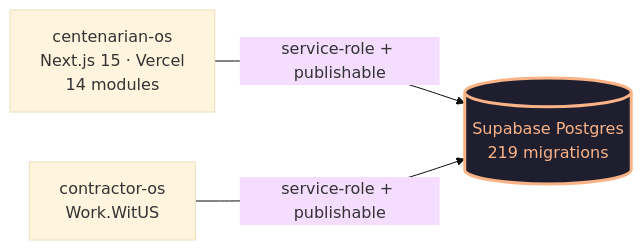
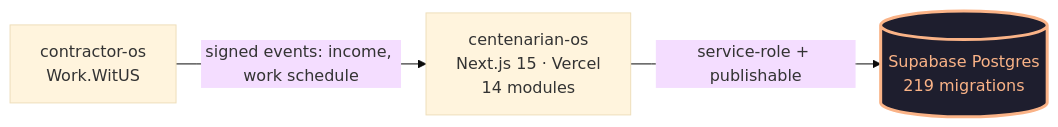
Before and after one commit to dapperAuteur/centenarian-os: the diagram in README.md, drawn with Mermaid (base theme). The commit also changed other lines of this file and 9 other files, not shown here.

````diff
--- a/README.md
+++ b/README.md
@@ -27,12 +27,12 @@
 ```mermaid
 flowchart LR
   classDef shared fill:#1e1e2e,stroke:#fab387,color:#fab387,stroke-width:3px
   classDef external fill:#11111b,stroke:#a6adc8,color:#a6adc8
 
   CentOS[centenarian-os<br/>Next.js 15 · Vercel<br/>14 modules]
   Contractor[contractor-os<br/>Work.WitUS]
   DB[(Supabase Postgres<br/>219 migrations)]:::shared
 
   CentOS -->|service-role + publishable| DB
-  Contractor -->|service-role + publishable| DB
+  Contractor -->|signed events: income, work schedule| CentOS
 ```
````
